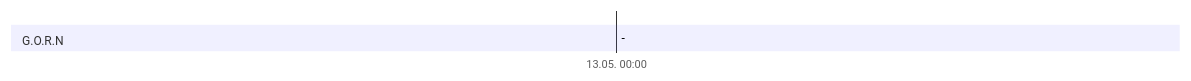
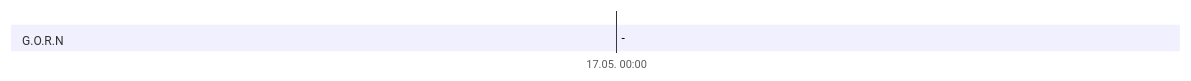
One commit to LorenJaffrey/DnD_PFT changed diagram 24 of 29 in Kampagne/Timeline Kampagne 2.md. Above: the diagram before and after it, drawn with Mermaid. The commit also changed other lines of this file, not shown here.

````diff
--- a/Kampagne/Timeline Kampagne 2.md
+++ b/Kampagne/Timeline Kampagne 2.md
@@ -410,10 +410,10 @@
 ```mermaid
 gantt
 	dateFormat HH:mm
 	axisFormat %e.%m. %H:%M
 	tickinterval 1hour
 	weekday monday
 	section G.O.R.N
-		-: a1, 2024-05-13 00:00, 0h
+		-: a1, 2024-05-17 00:00, 0h
 		
 ```
````
